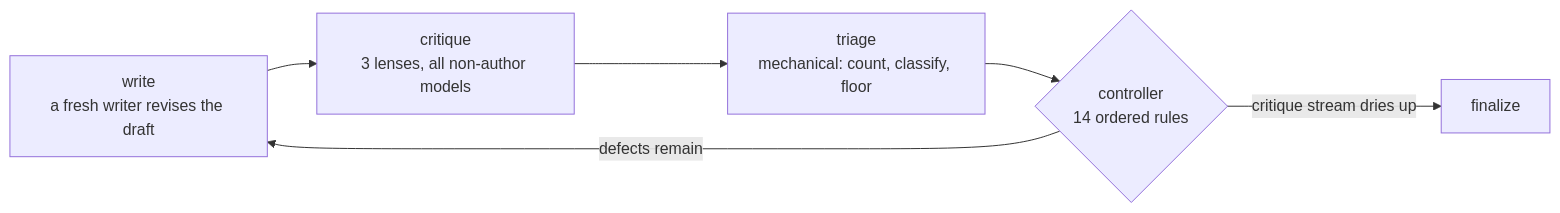
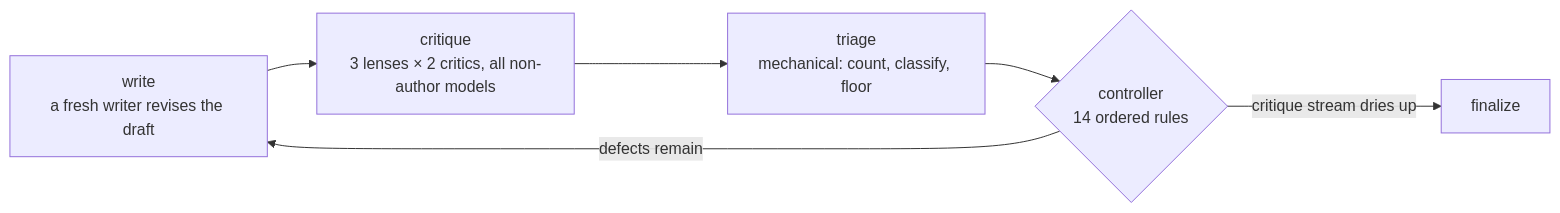
One commit to NickBorgers/reasonable-answer changed the second of 2 diagrams in docs/concepts.md. Above: the diagram before and after it, drawn with Mermaid. The commit also changed other lines of this file and 18 other files, not shown here.

First line of the commit message:
feat(critique): run two independent critics per lens on every draft (D-front-loaded-depth)

````diff
--- a/docs/concepts.md
+++ b/docs/concepts.md
@@ -145,8 +148,8 @@
 ```mermaid
 flowchart LR
-    G["write<br/>a fresh writer revises the draft"] --> K["critique<br/>3 lenses, all non-author models"]
+    G["write<br/>a fresh writer revises the draft"] --> K["critique<br/>3 lenses × 2 critics, all non-author models"]
     K --> TR["triage<br/>mechanical: count, classify, floor"]
     TR --> D{"controller<br/>14 ordered rules"}
     D -->|"defects remain"| G
     D -->|"critique stream dries up"| F["finalize"]
 ```
````
